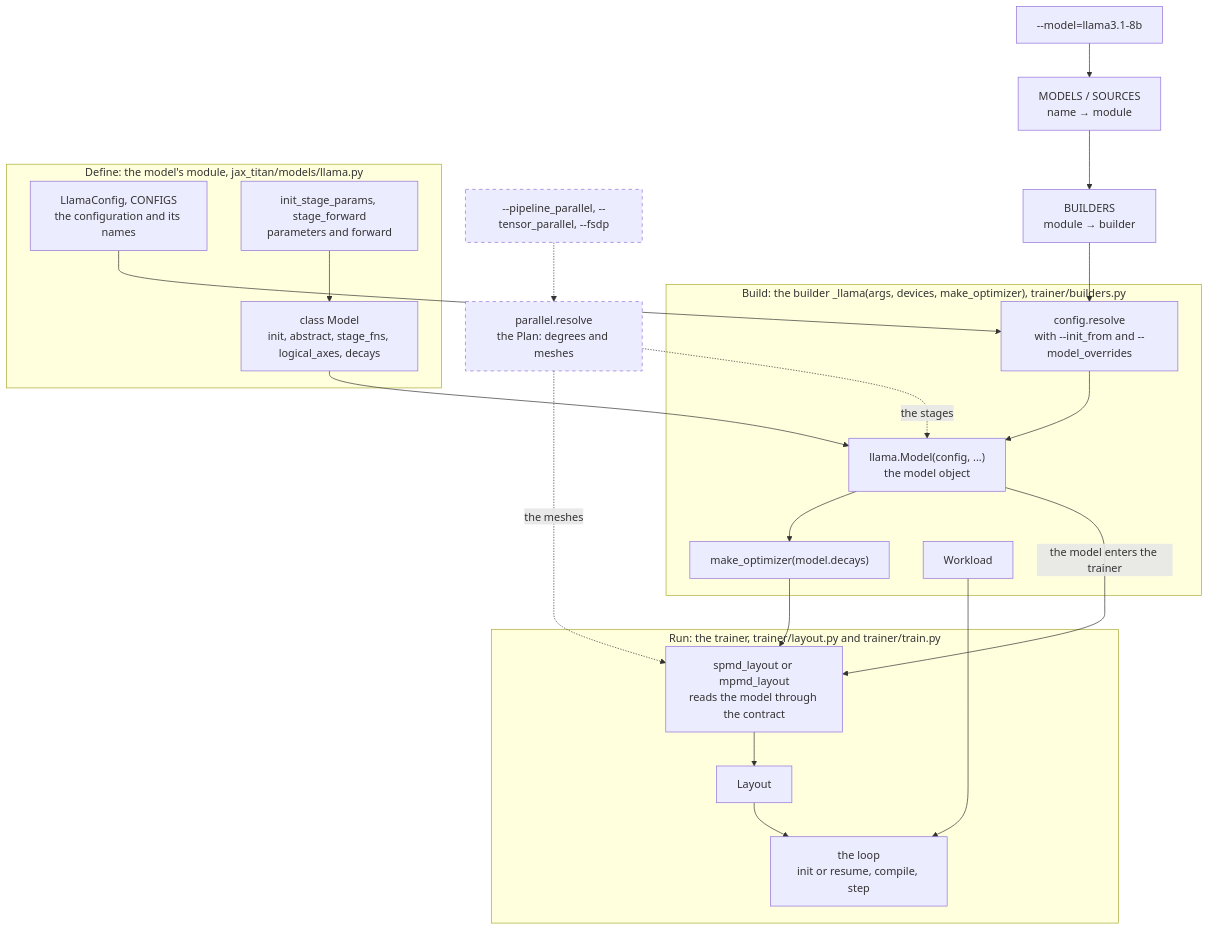
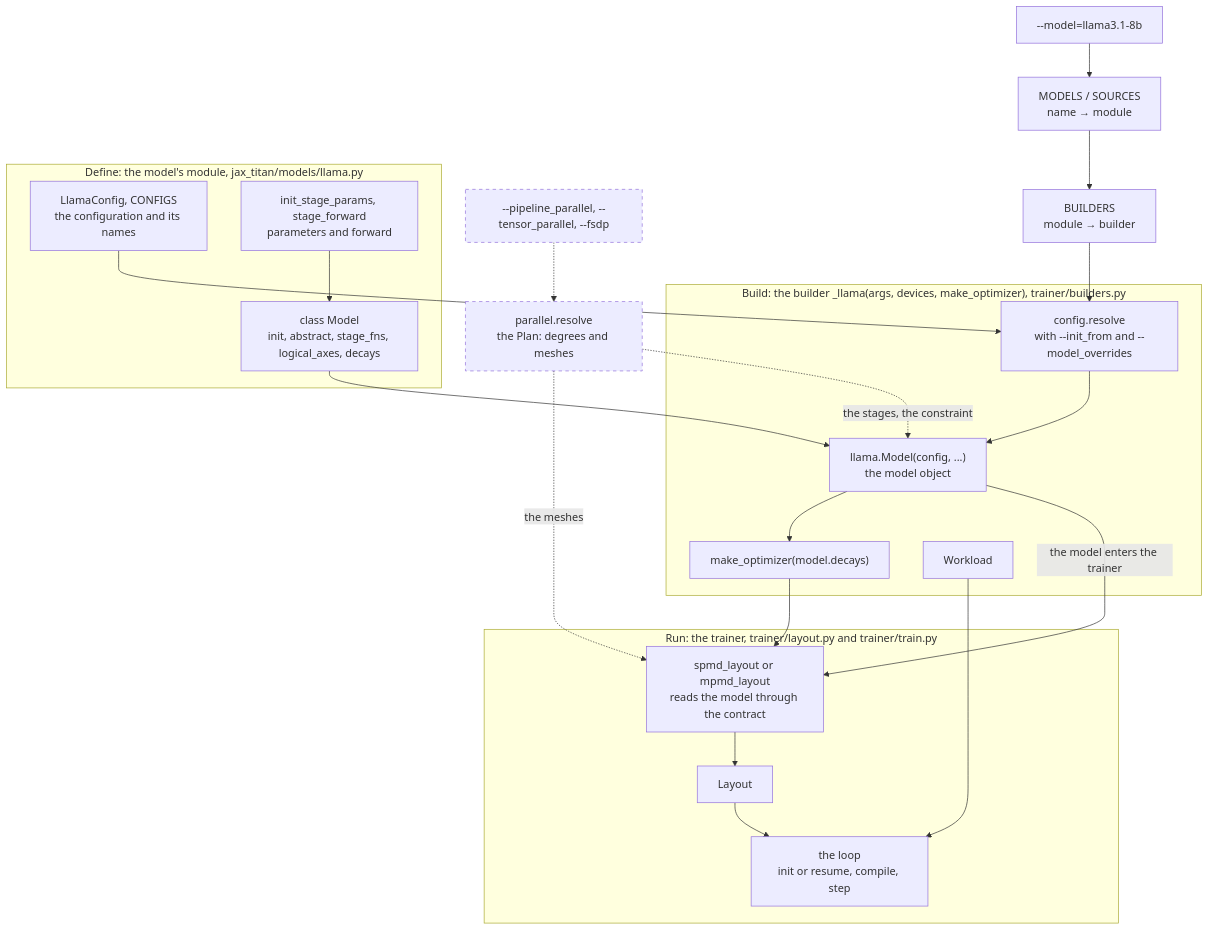
One commit to ROCm/jax-titan changed the diagram in docs/design/models_and_parallelism.md. Above: the diagram before and after it, drawn with Mermaid. The commit also changed other lines of this file, not shown here.

````diff
--- a/docs/design/models_and_parallelism.md
+++ b/docs/design/models_and_parallelism.md
@@ -18,40 +20,40 @@
 ```mermaid
 flowchart TD
     CLI["--model=llama3.1-8b"] --> NAMES["MODELS / SOURCES<br/>name → module"]
     NAMES --> TABLE["BUILDERS<br/>module → builder"]
     PAR["--pipeline_parallel, --tensor_parallel, --fsdp"] -.-> PLAN["parallel.resolve<br/>the Plan: degrees and meshes"]
 
     subgraph MOD["Define: the model's module, jax_titan/models/llama.py"]
         CFG["LlamaConfig, CONFIGS<br/>the configuration and its names"]
         FN["init_stage_params, stage_forward<br/>parameters and forward"]
         CLS["class Model<br/>init, abstract, stage_fns, logical_axes, decays"]
         FN --> CLS
     end
 
     subgraph BLD["Build: the builder _llama(args, devices, make_optimizer), trainer/builders.py"]
         RES["config.resolve<br/>with --init_from and --model_overrides"]
         OBJ["llama.Model(config, ...)<br/>the model object"]
         OPT["make_optimizer(model.decays)"]
         WORK["Workload"]
         RES --> OBJ --> OPT
     end
 
     subgraph TRN["Run: the trainer, trainer/layout.py and trainer/train.py"]
         LAYFN["spmd_layout or mpmd_layout<br/>reads the model through the contract"]
         LAY["Layout"]
         LOOP["the loop<br/>init or resume, compile, step"]
         LAYFN --> LAY --> LOOP
     end
 
     TABLE --> RES
     CFG --> RES
     CLS --> OBJ
     OBJ -->|"the model enters the trainer"| LAYFN
     OPT --> LAYFN
     WORK --> LOOP
-    PLAN -.->|"the stages"| OBJ
+    PLAN -.->|"the stages, the constraint"| OBJ
     PLAN -.->|"the meshes"| LAYFN
 
     classDef proposed stroke-dasharray: 5 5
     class PAR,PLAN proposed
 ```
````
